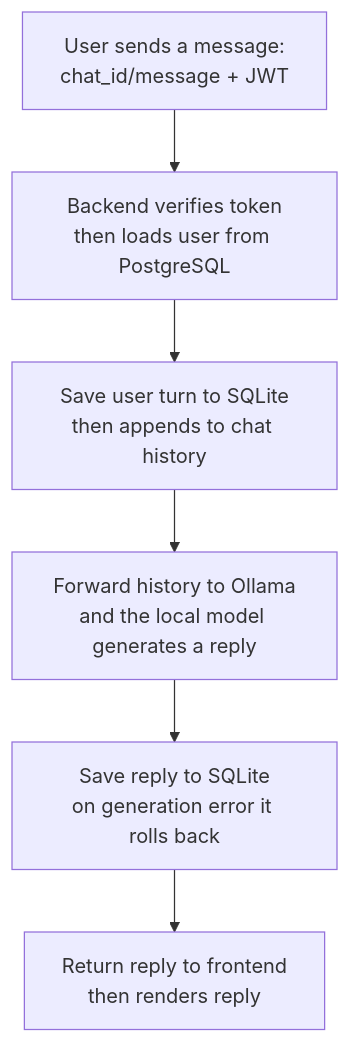
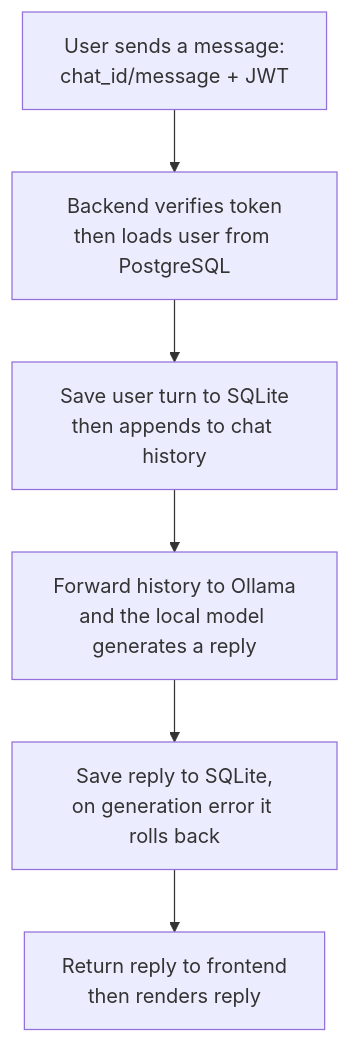
One commit to stropeala/final_project_ITS2025-2026 changed the diagram in README.md. Above: the diagram before and after it, drawn with Mermaid.

Commit message:
Fix formatting in README flowchart description

````diff
--- a/README.md
+++ b/README.md
@@ -42,11 +42,11 @@
 ```mermaid
 flowchart TD
     A["User sends a message:<br/>chat_id/message + JWT"]
     B["Backend verifies token<br/>then loads user from PostgreSQL"]
     C["Save user turn to SQLite<br/>then appends to chat history"]
     D["Forward history to Ollama<br/>and the local model generates a reply"]
-    E["Save reply to SQLite<br/>on generation error it rolls back"]
+    E["Save reply to SQLite,<br/>on generation error it rolls back"]
     F["Return reply to frontend<br/>then renders reply"]
 
     A --> B --> C --> D --> E --> F
 ```
````
